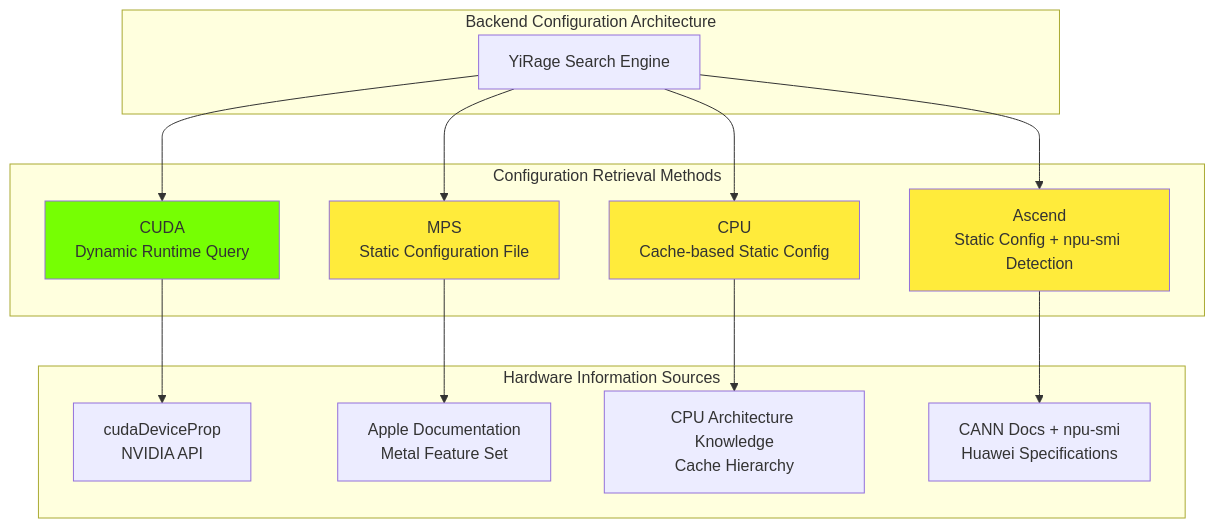
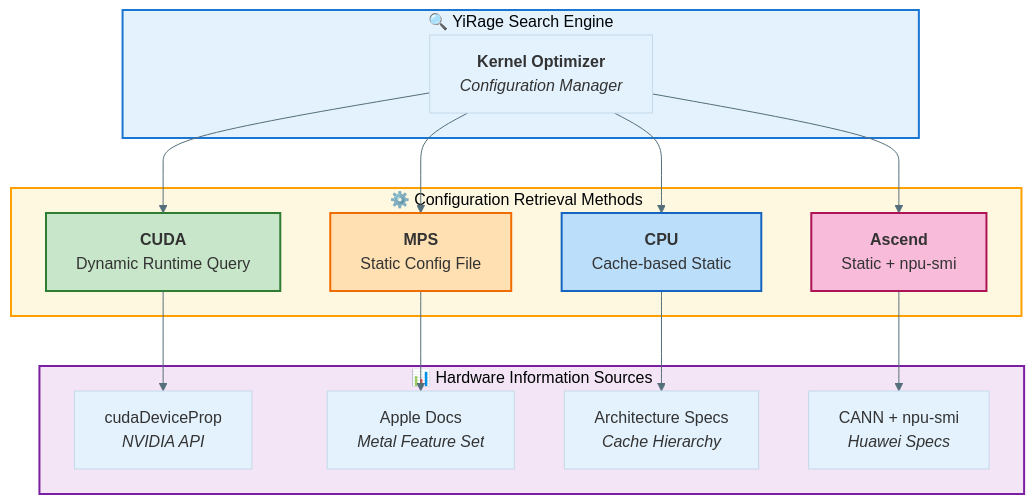
Before and after one commit to chenxingqiang/YiRage: the diagram in docs/backend_config_comparison.md, drawn with Mermaid. The commit also changed 3 other files, not shown here.

First line of the commit message:
docs: upgrade Mermaid diagrams to professional style

````diff
--- a/docs/backend_config_comparison.md
+++ b/docs/backend_config_comparison.md
@@ -5,31 +5,35 @@
 ```mermaid
+%%{init: {'theme': 'base', 'themeVariables': { 'primaryColor': '#e3f2fd', 'lineColor': '#546e7a'}}}%%
 graph TB
-    subgraph "Backend Configuration Architecture"
-        A[YiRage Search Engine]
+    subgraph ENGINE["🔍 YiRage Search Engine"]
+        A["<b>Kernel Optimizer</b><br/><i>Configuration Manager</i>"]
     end
 
-    subgraph "Configuration Retrieval Methods"
-        B[CUDA<br/>Dynamic Runtime Query]
-        C[MPS<br/>Static Configuration File]
-        D[CPU<br/>Cache-based Static Config]
-        E[Ascend<br/>Static Config + npu-smi Detection]
+    subgraph METHODS["⚙️ Configuration Retrieval Methods"]
+        B["<b>CUDA</b><br/>Dynamic Runtime Query"]
+        C["<b>MPS</b><br/>Static Config File"]
+        D["<b>CPU</b><br/>Cache-based Static"]
+        E["<b>Ascend</b><br/>Static + npu-smi"]
     end
 
-    subgraph "Hardware Information Sources"
-        F[cudaDeviceProp<br/>NVIDIA API]
-        G[Apple Documentation<br/>Metal Feature Set]
-        H[CPU Architecture Knowledge<br/>Cache Hierarchy]
-        I[CANN Docs + npu-smi<br/>Huawei Specifications]
+    subgraph SOURCES["📊 Hardware Information Sources"]
+        F["cudaDeviceProp<br/><i>NVIDIA API</i>"]
+        G["Apple Docs<br/><i>Metal Feature Set</i>"]
+        H["Architecture Specs<br/><i>Cache Hierarchy</i>"]
+        I["CANN + npu-smi<br/><i>Huawei Specs</i>"]
     end
 
     A --> B & C & D & E
     B --> F
     C --> G
     D --> H
     E --> I
 
-    style B fill:#76ff03
-    style C fill:#ffeb3b
-    style D fill:#ffeb3b
-    style E fill:#ffeb3b
+    style ENGINE fill:#e3f2fd,stroke:#1976d2,stroke-width:2px
+    style METHODS fill:#fff8e1,stroke:#ffa000,stroke-width:2px
+    style SOURCES fill:#f3e5f5,stroke:#7b1fa2,stroke-width:2px
+    style B fill:#c8e6c9,stroke:#2e7d32,stroke-width:2px
+    style C fill:#ffe0b2,stroke:#ef6c00,stroke-width:2px
+    style D fill:#bbdefb,stroke:#1565c0,stroke-width:2px
+    style E fill:#f8bbd9,stroke:#ad1457,stroke-width:2px
 ```
````
